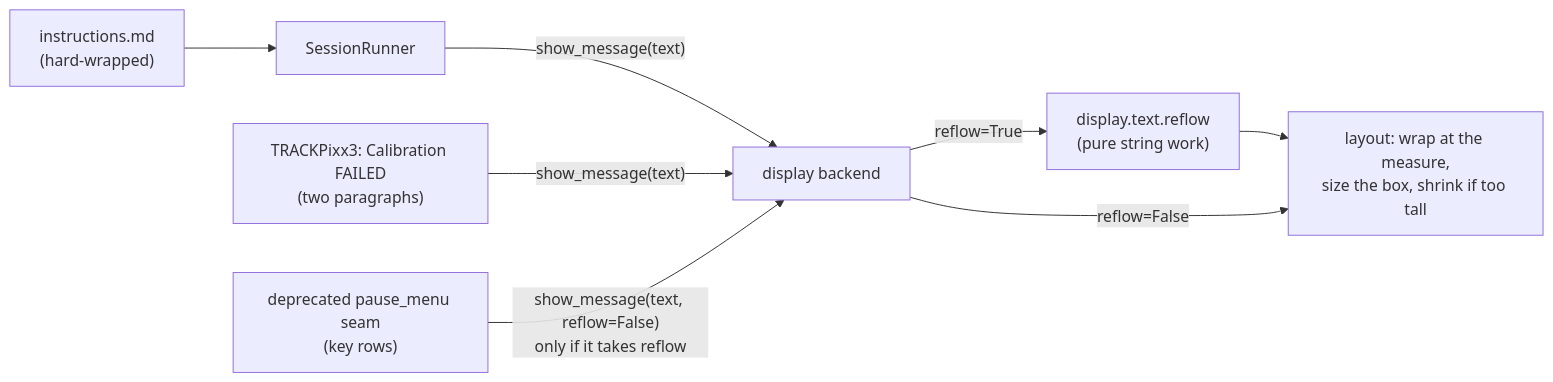
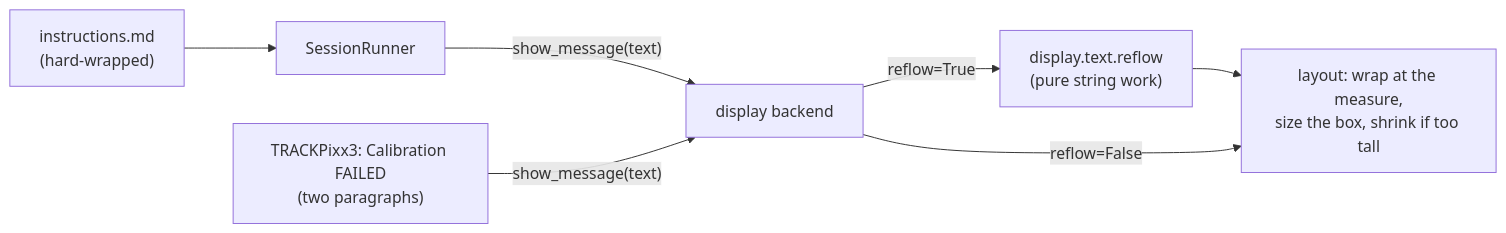
One commit to sh4r11f/alhazen changed diagram 14 of 16 in docs/architecture.md. Above: the diagram before and after it, drawn with Mermaid. The commit also changed other lines of this file and 98 other files, not shown here.

````diff
--- a/docs/architecture.md
+++ b/docs/architecture.md
@@ -1875,10 +1940,9 @@
 ```mermaid
 flowchart LR
     SRC["instructions.md<br/>(hard-wrapped)"] --> RUN["SessionRunner"]
     RUN -->|"show_message(text)"| BE["display backend"]
     CAL["TRACKPixx3: Calibration FAILED<br/>(two paragraphs)"] -->|"show_message(text)"| BE
-    PM["deprecated pause_menu seam<br/>(key rows)"] -->|"show_message(text, reflow=False)<br/>only if it takes reflow"| BE
     BE -->|"reflow=True"| RF["display.text.reflow<br/>(pure string work)"]
     RF --> LAY["layout: wrap at the measure,<br/>size the box, shrink if too tall"]
     BE -->|"reflow=False"| LAY
 ```
````
